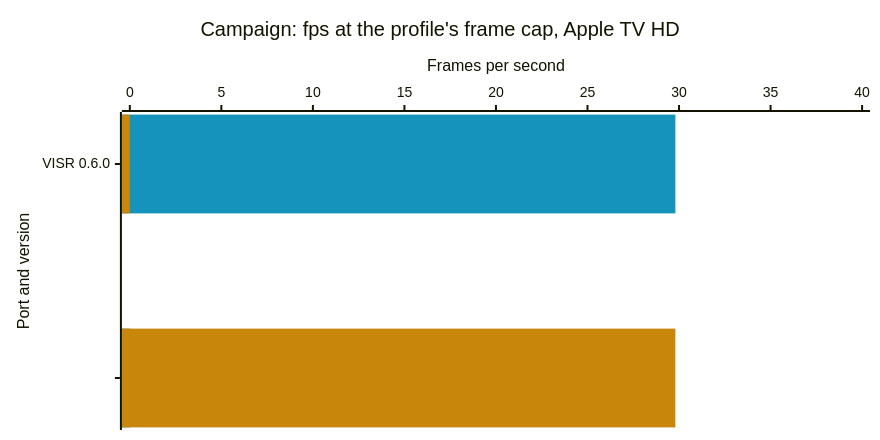
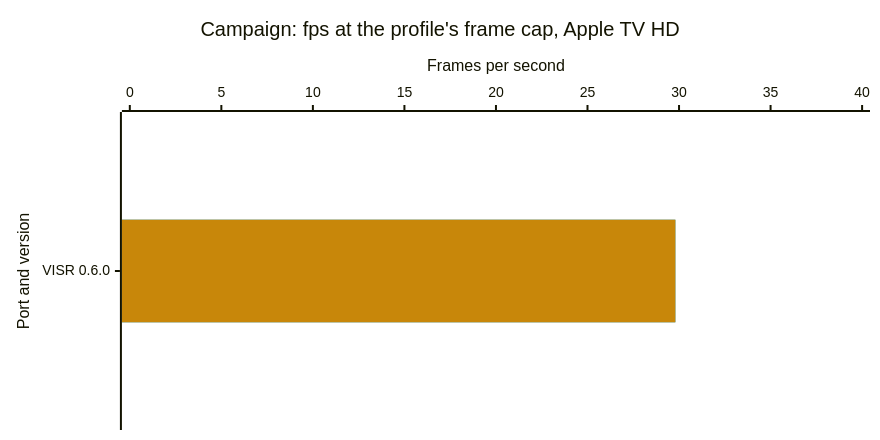
The third of 6 diagrams in docs/benchmarks.md (steverice/visr), drawn with Mermaid before and after one commit. The commit also changed other lines of this file and 6 other files, not shown here.

First line of the commit message:
📝 docs(benchmarks): draw each build as one band with its average and 1% low bars touching — `groupBars` splits Mermaid's overlapping series into the band's upper and lower halves, replacing the blank-label rows

````diff
--- a/docs/benchmarks.md
+++ b/docs/benchmarks.md
@@ -78,17 +78,17 @@
 ```mermaid
 ---
 config:
   xyChart:
     width: 860
     height: 420
   themeVariables:
     xyChart:
       plotColorPalette: "#1593bd, #c8870a"
 ---
 xychart-beta horizontal
     title "Campaign: fps at the profile's frame cap, Apple TV HD"
-    x-axis "Port and version" ["VISR 0.6.0", "⠀⠀"]
+    x-axis "Port and version" ["VISR 0.6.0"]
     y-axis "Frames per second" 0 --> 40
-    bar [29.8, 0]
-    bar [0, 29.8]
+    bar [29.8]
+    bar [29.8]
 ```
````
